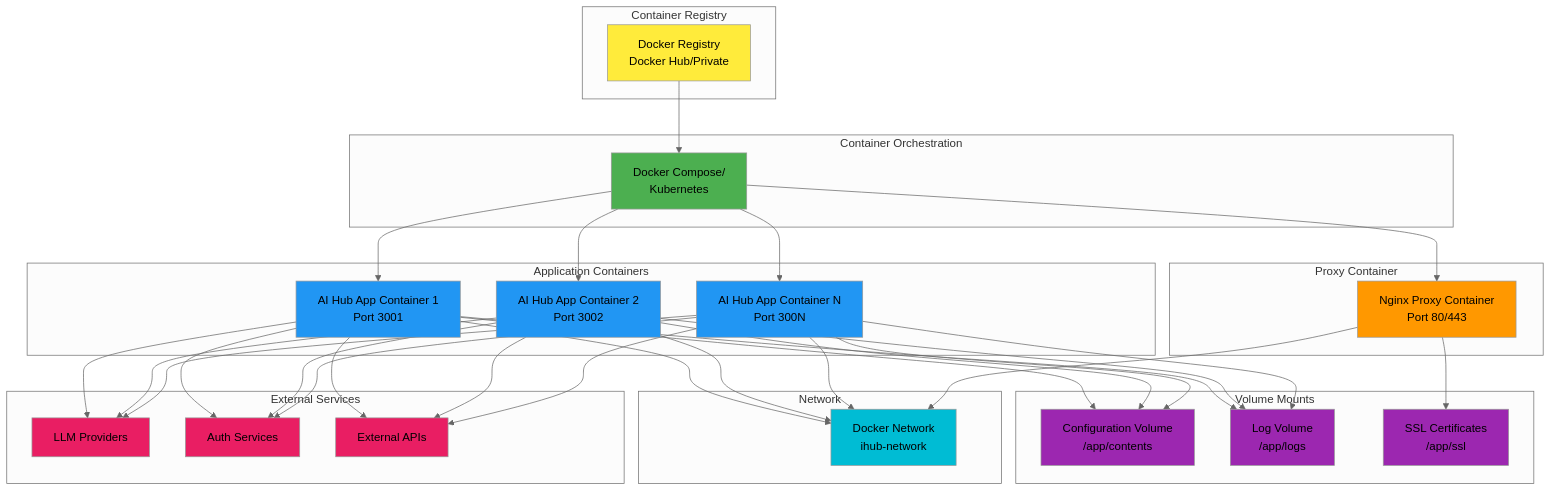
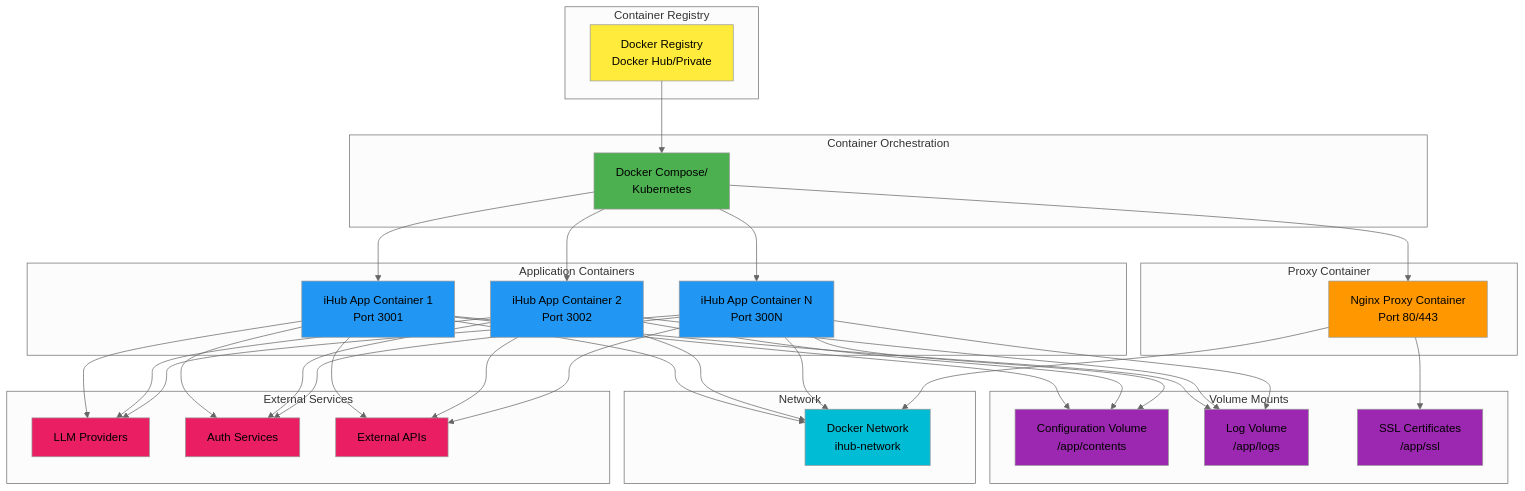
Before and after one commit to intrafind/ihub-apps: diagram 18 of 22 in docs/diagrams.md, drawn with Mermaid (neutral theme). The commit also changed other lines of this file and 46 other files, not shown here.

```diff
--- a/docs/diagrams.md
+++ b/docs/diagrams.md
@@ -1215,9 +1215,9 @@
     end
     
     subgraph "Application Containers"
-        AppContainer1[AI Hub App Container 1<br/>Port 3001]
-        AppContainer2[AI Hub App Container 2<br/>Port 3002]
-        AppContainerN[AI Hub App Container N<br/>Port 300N]
+        AppContainer1[iHub App Container 1<br/>Port 3001]
+        AppContainer2[iHub App Container 2<br/>Port 3002]
+        AppContainerN[iHub App Container N<br/>Port 300N]
     end
     
     subgraph "Proxy Container"
```
